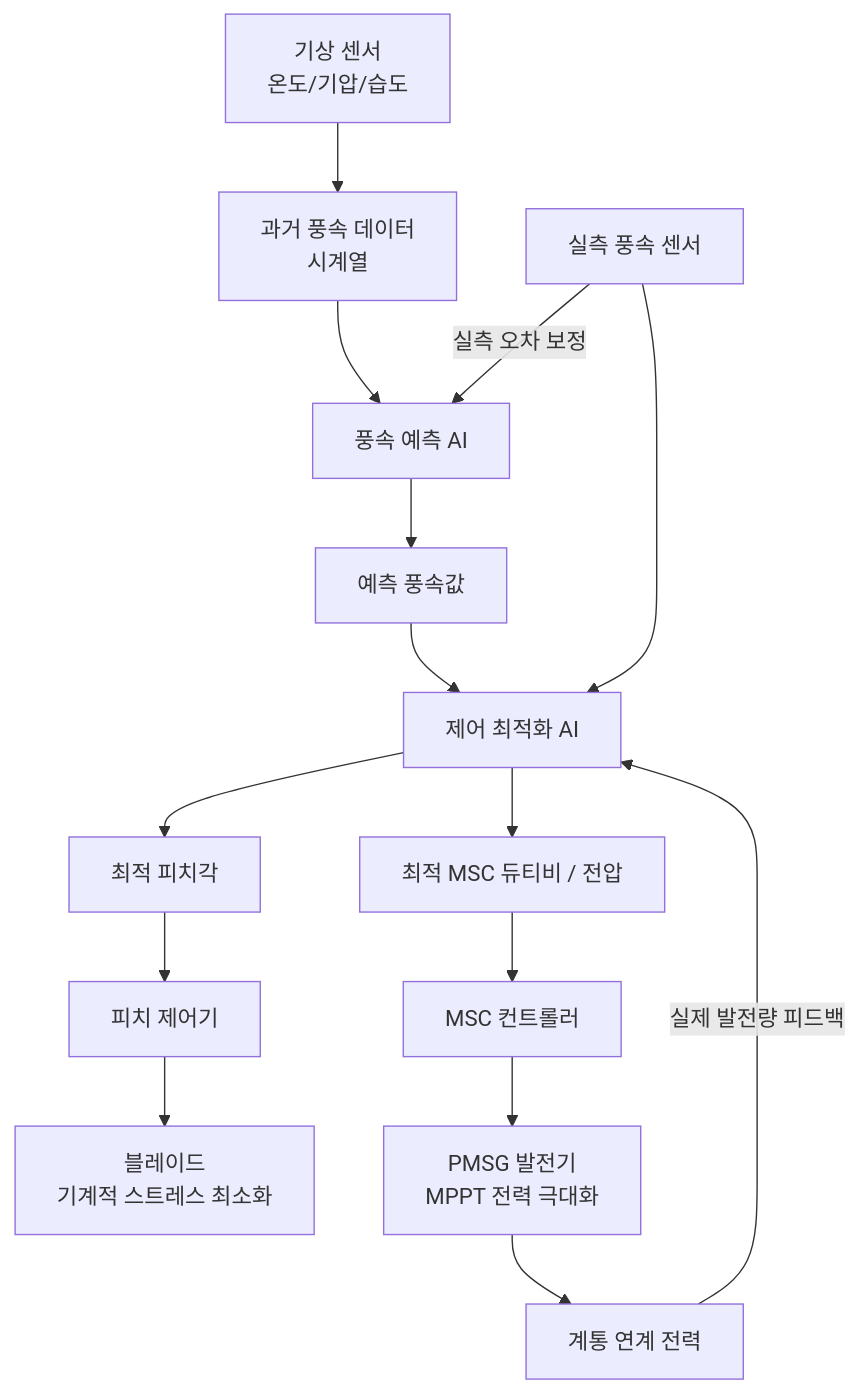
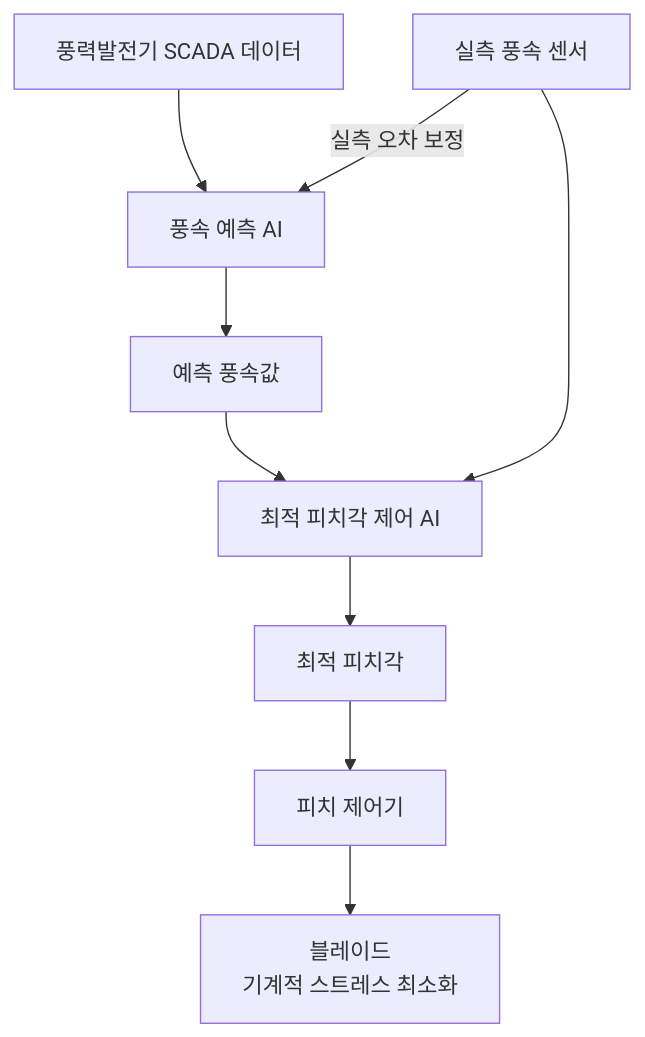
One commit to seyong628/Capstone-Design changed the diagram in README.md. Above: the diagram before and after it, drawn with Mermaid.

````diff
--- a/README.md
+++ b/README.md
@@ -5,17 +5,11 @@
 ```mermaid
 flowchart TD
-    A[기상 센서<br/>온도/기압/습도] --> B
-    B[과거 풍속 데이터<br/>시계열] --> C
+    A[풍력발전기 SCADA 데이터] --> C
+    F[실측 풍속 센서] -->|실측 오차 보정| C
+    F -->E
     C[풍속 예측 AI] --> D[예측 풍속값]
-    D --> E
-    F[실측 풍속 센서] --> E
-    E[제어 최적화 AI] --> G[최적 피치각]
-    E --> H[최적 MSC 듀티비 / 전압]
+    D --> E[최적 피치각 제어 AI]
+    E --> G[최적 피치각]
     G --> I[피치 제어기]
     I --> J[블레이드<br/>기계적 스트레스 최소화]
-    H --> K[MSC 컨트롤러]
-    K --> L[PMSG 발전기<br/>MPPT 전력 극대화]
-    L --> M[계통 연계 전력]
-    M -->|실제 발전량 피드백| E
-    F -->|실측 오차 보정| C
 ```
````
